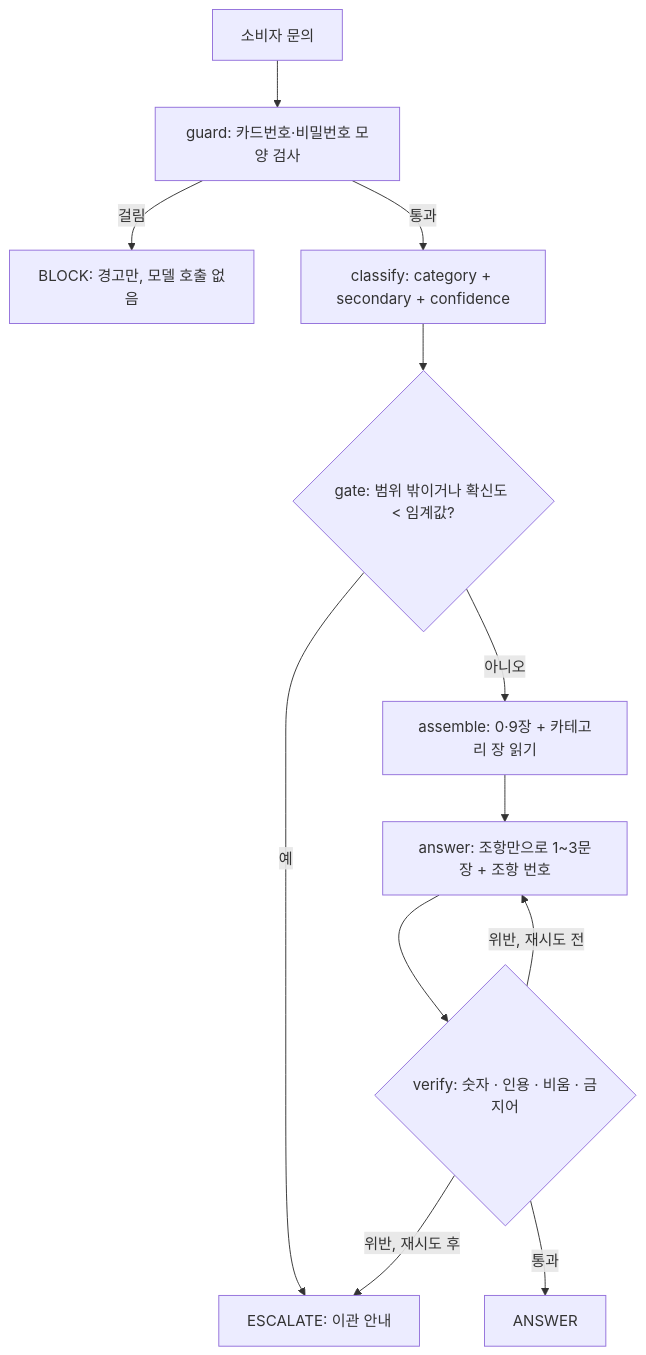
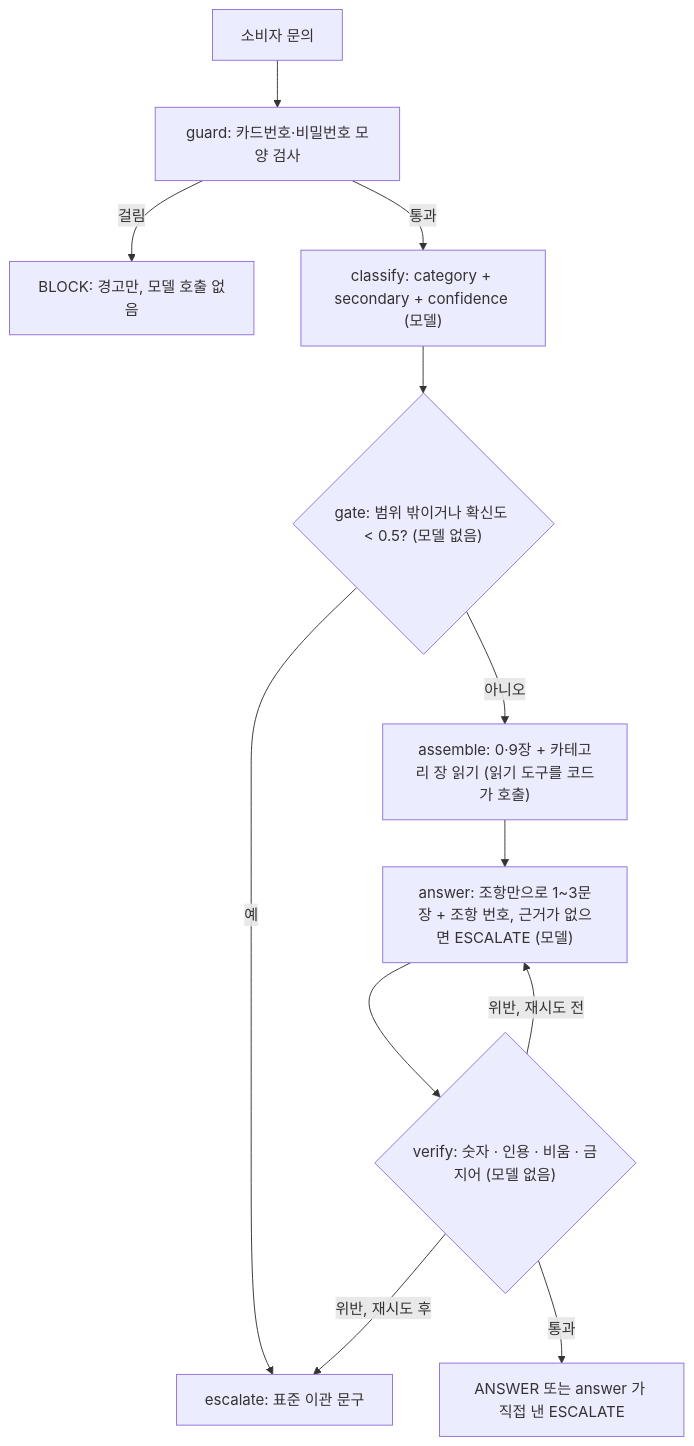
Before and after one commit to ldk1575/linkommit-cs-agent: the diagram in REPORT.md, drawn with Mermaid. The commit also changed other lines of this file and 3 other files, not shown here.

````diff
--- a/REPORT.md
+++ b/REPORT.md
@@ -96,14 +131,14 @@
 ```mermaid
 flowchart TD
   Q["소비자 문의"] --> GD["guard: 카드번호·비밀번호 모양 검사"]
   GD -- 걸림 --> BLK["BLOCK: 경고만, 모델 호출 없음"]
-  GD -- 통과 --> CL["classify: category + secondary + confidence"]
-  CL --> GT{"gate: 범위 밖이거나 확신도 < 임계값?"}
-  GT -- 예 --> ESC["ESCALATE: 이관 안내"]
-  GT -- 아니오 --> AS["assemble: 0·9장 + 카테고리 장 읽기"]
-  AS --> AN["answer: 조항만으로 1~3문장 + 조항 번호"]
-  AN --> VF{"verify: 숫자 · 인용 · 비움 · 금지어"}
+  GD -- 통과 --> CL["classify: category + secondary + confidence (모델)"]
+  CL --> GT{"gate: 범위 밖이거나 확신도 < 0.5? (모델 없음)"}
+  GT -- 예 --> ESC["escalate: 표준 이관 문구"]
+  GT -- 아니오 --> AS["assemble: 0·9장 + 카테고리 장 읽기 (읽기 도구를 코드가 호출)"]
+  AS --> AN["answer: 조항만으로 1~3문장 + 조항 번호, 근거가 없으면 ESCALATE (모델)"]
+  AN --> VF{"verify: 숫자 · 인용 · 비움 · 금지어 (모델 없음)"}
   VF -- "위반, 재시도 전" --> AN
   VF -- "위반, 재시도 후" --> ESC
-  VF -- 통과 --> OK["ANSWER"]
+  VF -- 통과 --> OK["ANSWER 또는 answer 가 직접 낸 ESCALATE"]
 ```
````
